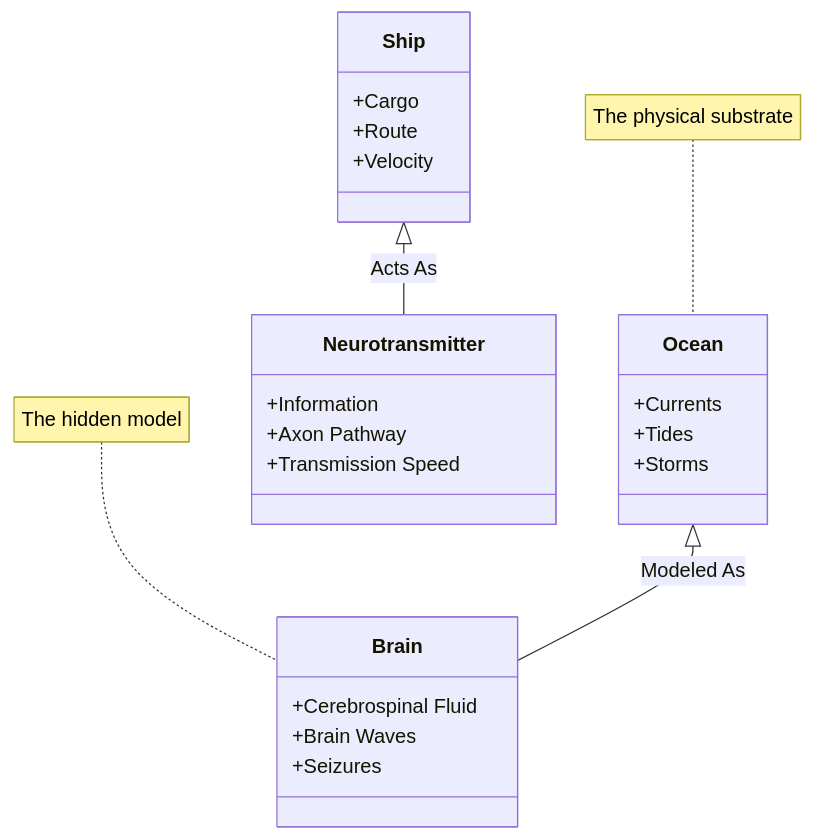
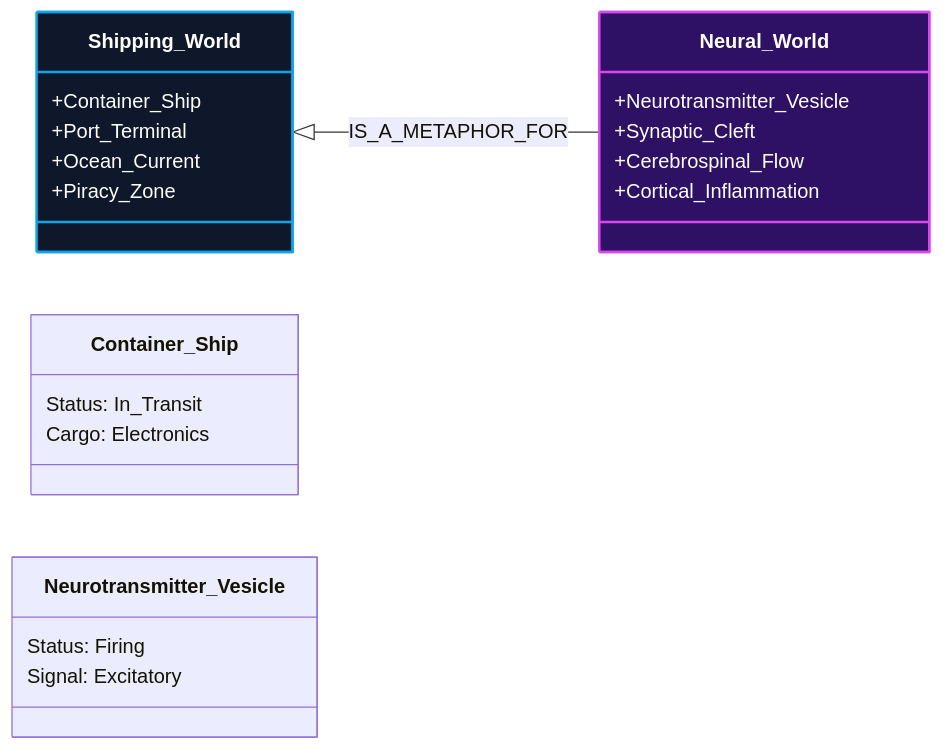
The second of 3 diagrams in README.md (senushidinara/Kairo-s-Compass), drawn with Mermaid before and after one commit. The commit also changed other lines of this file, not shown here.

First line of the commit message:
feat: Update README with operational status and improved branding

````diff
--- a/README.md
+++ b/README.md
@@ -94,29 +96,32 @@
 ```mermaid
 classDiagram
-    class Ocean {
-        +Currents
-        +Tides
-        +Storms
-    }
-    class Brain {
-        +Cerebrospinal Fluid
-        +Brain Waves
-        +Seizures
-    }
-    class Ship {
-        +Cargo
-        +Route
-        +Velocity
-    }
-    class Neurotransmitter {
-        +Information
-        +Axon Pathway
-        +Transmission Speed
+    direction LR
+    class Shipping_World {
+        +Container_Ship
+        +Port_Terminal
+        +Ocean_Current
+        +Piracy_Zone
     }
 
-    Ocean <|-- Brain : Modeled As
-    Ship <|-- Neurotransmitter : Acts As
+    class Neural_World {
+        +Neurotransmitter_Vesicle
+        +Synaptic_Cleft
+        +Cerebrospinal_Flow
+        +Cortical_Inflammation
+    }
+
+    Shipping_World <|-- Neural_World : IS_A_METAPHOR_FOR
     
-    note for Ocean "The physical substrate"
-    note for Brain "The hidden model"
+    class Container_Ship {
+        Status: In_Transit
+        Cargo: Electronics
+    }
+    
+    class Neurotransmitter_Vesicle {
+        Status: Firing
+        Signal: Excitatory
+    }
+
+    style Shipping_World fill:#0f172a,stroke:#0ea5e9,stroke-width:2px,color:#fff
+    style Neural_World fill:#2e1065,stroke:#d946ef,stroke-width:2px,color:#fff
 ```
````
